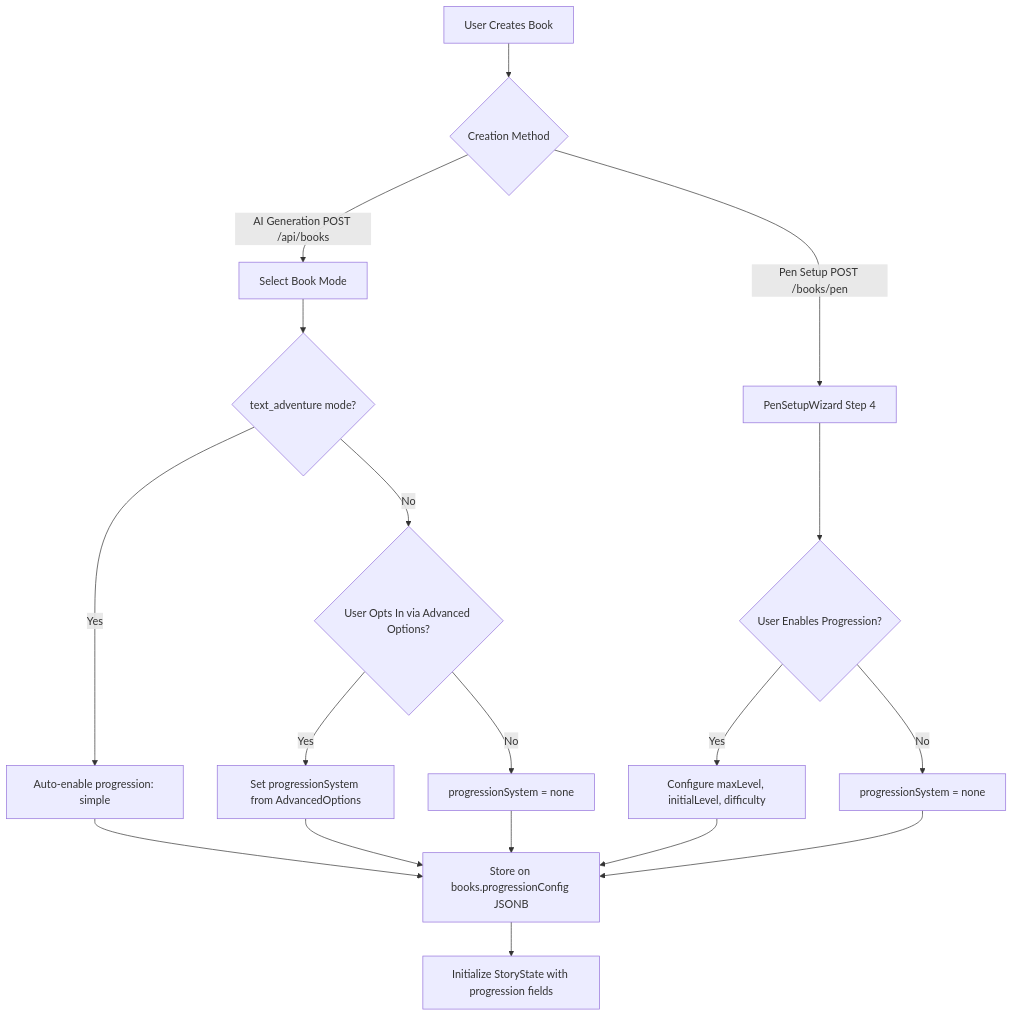
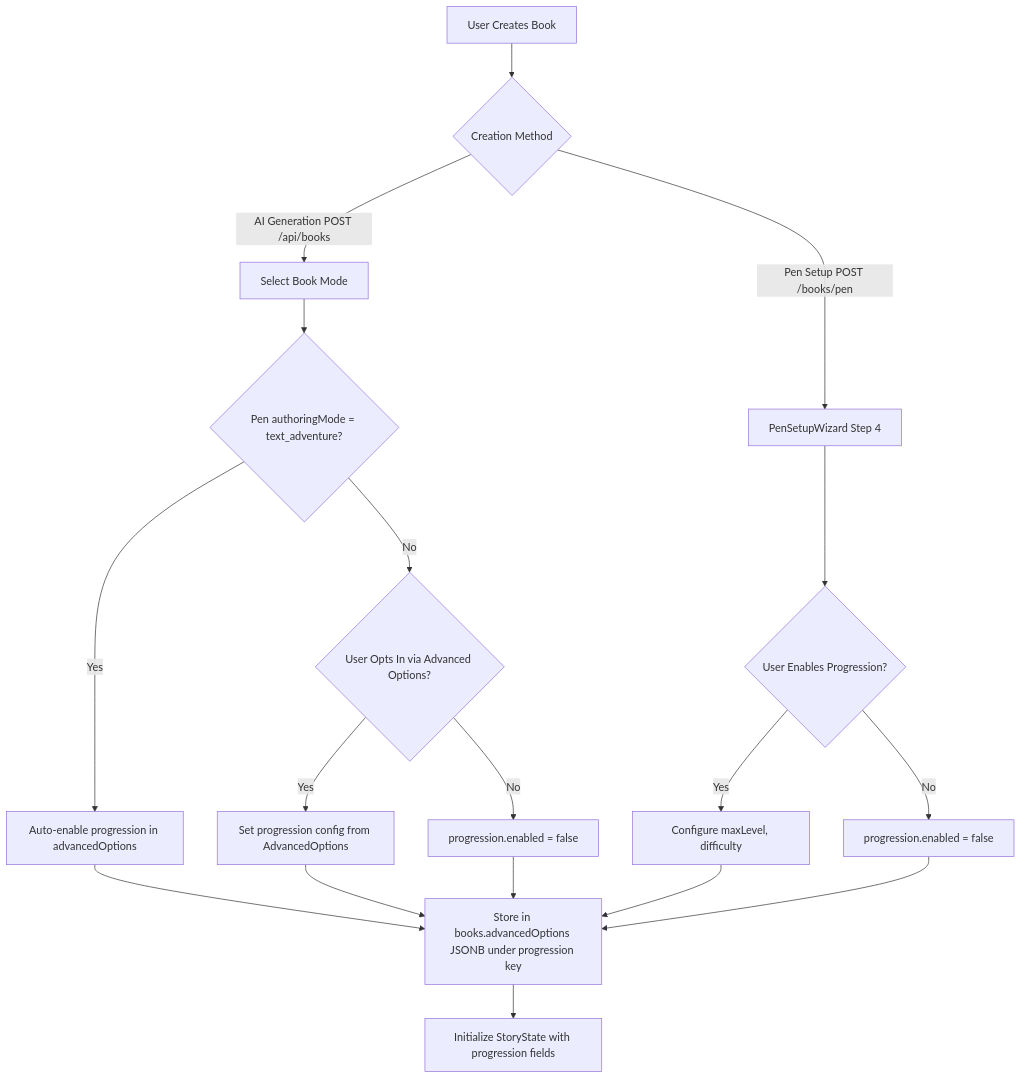
One commit to txufiknr/Twistloom-backend changed the fourth of 4 diagrams in docs/roadmap/CHARACTER_LEVELING_SYSTEM_ROADMAP.md. Above: the diagram before and after it, drawn with Mermaid. The commit also changed other lines of this file and 7 other files, not shown here.

````diff
--- a/docs/roadmap/CHARACTER_LEVELING_SYSTEM_ROADMAP.md
+++ b/docs/roadmap/CHARACTER_LEVELING_SYSTEM_ROADMAP.md
@@ -233,20 +266,20 @@
 ```mermaid
 flowchart TD
     A[User Creates Book] --> B{Creation Method}
     B -->|AI Generation POST /api/books| C[Select Book Mode]
-    C --> D{text_adventure mode?}
-    D -->|Yes| E[Auto-enable progression: simple]
+    C --> D{Pen authoringMode = text_adventure?}
+    D -->|Yes| E[Auto-enable progression in advancedOptions]
     D -->|No| F{User Opts In via Advanced Options?}
-    F -->|Yes| G[Set progressionSystem from AdvancedOptions]
-    F -->|No| H[progressionSystem = none]
+    F -->|Yes| G[Set progression config from AdvancedOptions]
+    F -->|No| H[progression.enabled = false]
     B -->|Pen Setup POST /books/pen| I[PenSetupWizard Step 4]
     I --> J{User Enables Progression?}
-    J -->|Yes| K[Configure maxLevel, initialLevel, difficulty]
-    J -->|No| L[progressionSystem = none]
-    E --> M[Store on books.progressionConfig JSONB]
+    J -->|Yes| K[Configure maxLevel, difficulty]
+    J -->|No| L[progression.enabled = false]
+    E --> M[Store in books.advancedOptions JSONB under progression key]
     G --> M
     H --> M
     K --> M
     L --> M
     M --> N[Initialize StoryState with progression fields]
 ```
````
